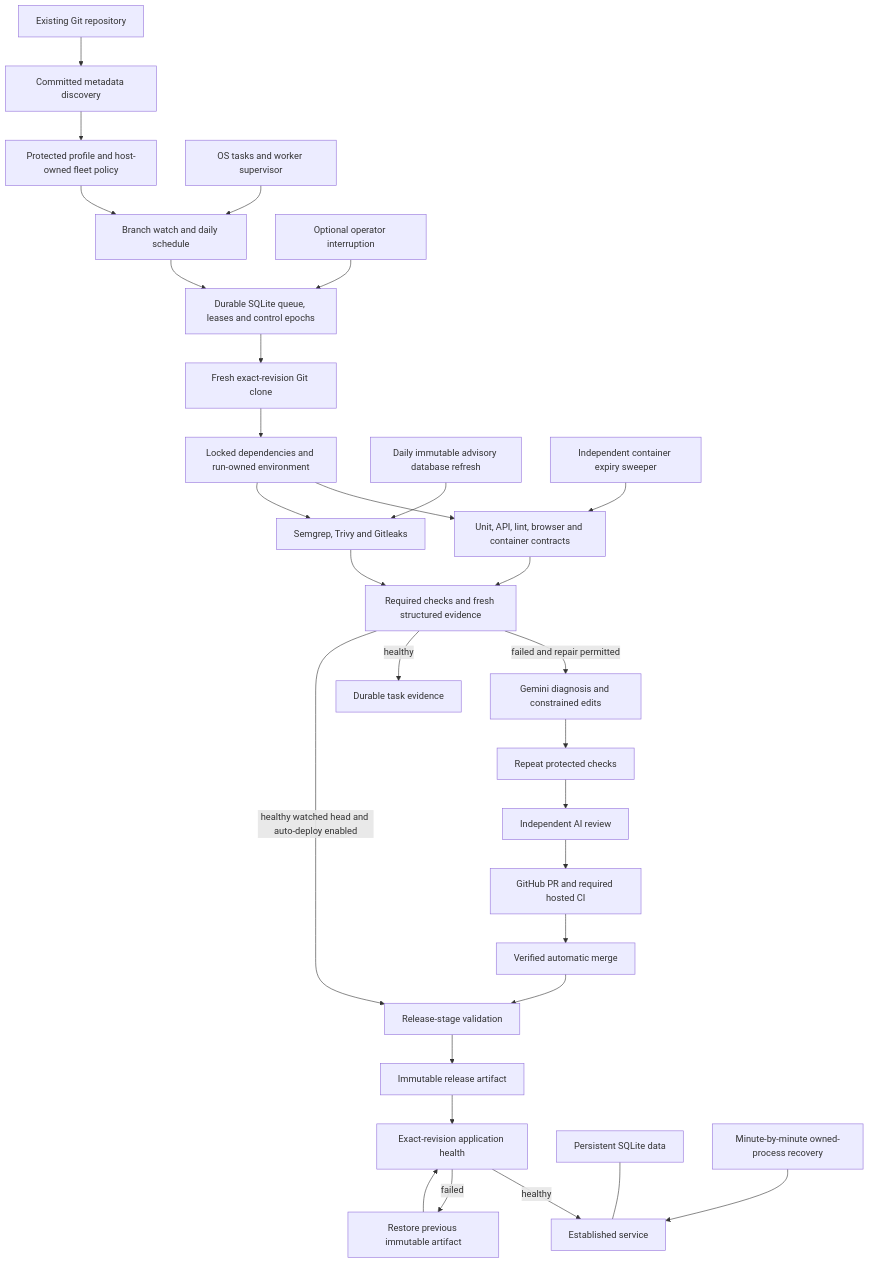
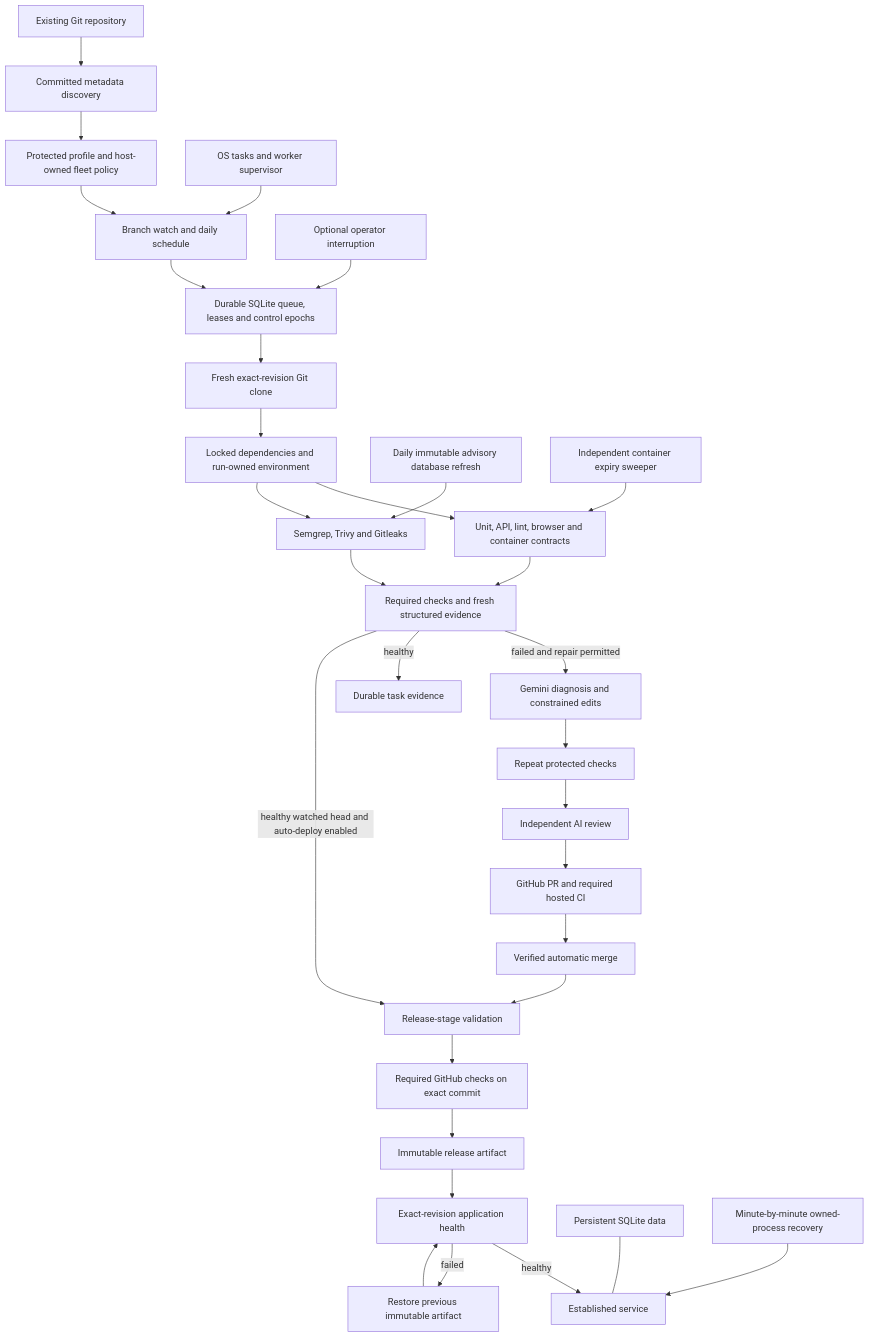
The diagram in docs/OPERATING_ACCEPTANCE.md (AmRitJain0442/katydid), drawn with Mermaid before and after one commit. The commit also changed other lines of this file, not shown here.

Commit message:
docs: record watched deployment and exact revision acceptance

````diff
--- a/docs/OPERATING_ACCEPTANCE.md
+++ b/docs/OPERATING_ACCEPTANCE.md
@@ -63,32 +63,33 @@
 ```mermaid
 flowchart TD
     Repository[Existing Git repository] --> Discovery[Committed metadata discovery]
     Discovery --> Configuration[Protected profile and host-owned fleet policy]
     Configuration --> Watch[Branch watch and daily schedule]
     Watch --> Queue[Durable SQLite queue, leases and control epochs]
     Queue --> Clone[Fresh exact-revision Git clone]
     Clone --> Prepare[Locked dependencies and run-owned environment]
     Prepare --> Checks[Unit, API, lint, browser and container contracts]
     Prepare --> Security[Semgrep, Trivy and Gitleaks]
     Database[Daily immutable advisory database refresh] --> Security
     Checks --> Gate[Required checks and fresh structured evidence]
     Security --> Gate
     Gate -->|failed and repair permitted| AI[Gemini diagnosis and constrained edits]
     AI --> Retest[Repeat protected checks]
     Retest --> Review[Independent AI review]
     Review --> PR[GitHub PR and required hosted CI]
     PR --> Merge[Verified automatic merge]
     Gate -->|healthy| Evidence[Durable task evidence]
     Gate -->|healthy watched head and auto-deploy enabled| Release
     Merge --> Release[Release-stage validation]
-    Release --> Deploy[Immutable release artifact]
+    Release --> Hosted[Required GitHub checks on exact commit]
+    Hosted --> Deploy[Immutable release artifact]
     Deploy --> Health[Exact-revision application health]
     Health -->|healthy| Active[Established service]
     Health -->|failed| Rollback[Restore previous immutable artifact]
     Rollback --> Health
     Data[Persistent SQLite data] --- Active
     Recovery[Minute-by-minute owned-process recovery] --> Active
     Supervisor[OS tasks and worker supervisor] --> Watch
     Sweeper[Independent container expiry sweeper] --> Checks
     Operator[Optional operator interruption] --> Queue
 ```
````
